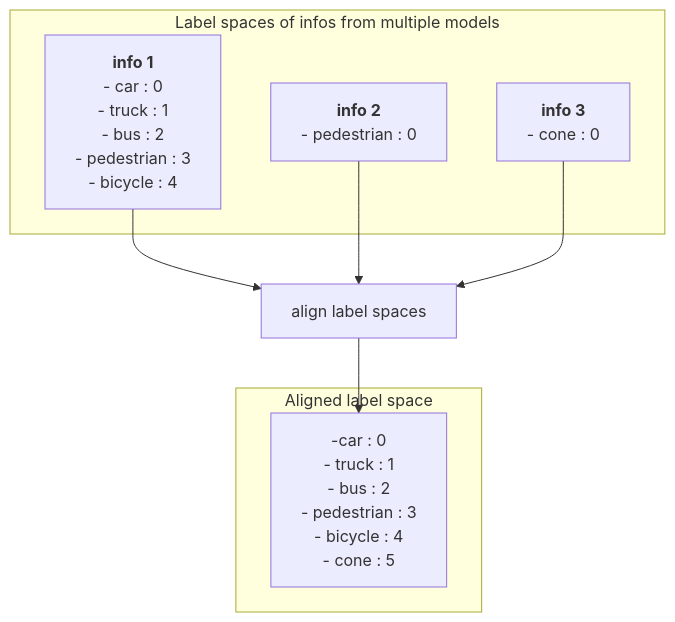
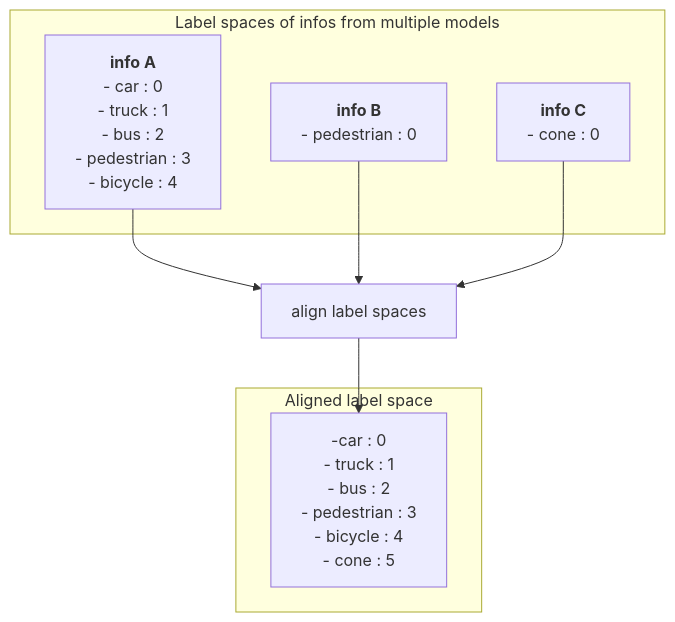
Before and after one commit to tier4/AWML: the second of 2 diagrams in tools/auto_labeling_3d/docs/filter_objects.md, drawn with Mermaid. The commit also changed other lines of this file, not shown here.

Commit message:
docs(auto_labeling_3d): update model and info name in document

````diff
--- a/tools/auto_labeling_3d/docs/filter_objects.md
+++ b/tools/auto_labeling_3d/docs/filter_objects.md
@@ -110,19 +110,19 @@
 ```mermaid
 graph TD
     subgraph Label spaces of infos from multiple models
-        A["<b>info 1</b><br>- car : 0<br>- truck : 1<br>- bus : 2<br>- pedestrian : 3<br>- bicycle : 4"]
-        B["<b>info 2</b><br>- pedestrian : 0"]
-        C["<b>info 3</b><br>- cone : 0"]
+        A["<b>info A</b><br>- car : 0<br>- truck : 1<br>- bus : 2<br>- pedestrian : 3<br>- bicycle : 4"]
+        B["<b>info B</b><br>- pedestrian : 0"]
+        C["<b>info C</b><br>- cone : 0"]
     end
 
     P["align label spaces"]
 
     subgraph Aligned label space
         R["-car : 0<br>- truck : 1<br>- bus : 2<br>- pedestrian : 3<br>- bicycle : 4<br>- cone : 5"]
     end
 
     A --> P
     B --> P
     C --> P
     P --> R
 ```
````
